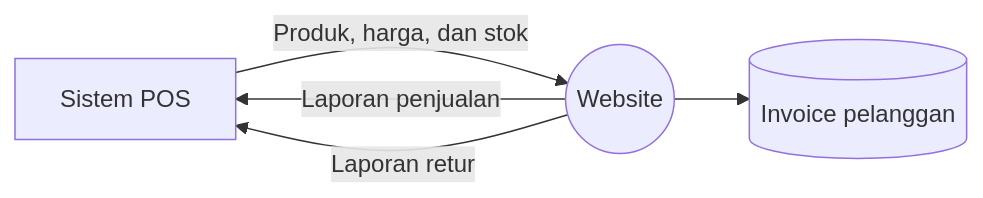
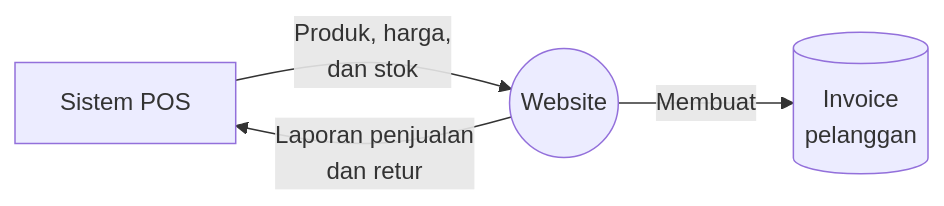
Before and after one commit to Webekspres/pixel-komunika: the fifth of 5 diagrams in docs/client/DOKUMEN_REVIEW_DAN_PERSETUJUAN_KLIEN.md, drawn with Mermaid. The commit also changed other lines of this file, not shown here.

Commit message:
docs: prevent clipped labels in client diagrams

````diff
--- a/docs/client/DOKUMEN_REVIEW_DAN_PERSETUJUAN_KLIEN.md
+++ b/docs/client/DOKUMEN_REVIEW_DAN_PERSETUJUAN_KLIEN.md
@@ -187,7 +187,6 @@
 ```mermaid
 flowchart LR
-    POS["Sistem POS"] -->|Produk, harga, dan stok| WEB(("Website"))
-    WEB -->|Laporan penjualan| POS
-    WEB -->|Laporan retur| POS
-    WEB --> INV[("Invoice pelanggan")]
+    POS["Sistem POS"] -->|Produk, harga,<br/>dan stok| WEB(("Website"))
+    WEB -->|Laporan penjualan<br/>dan retur| POS
+    WEB -->|Membuat| INV[("Invoice<br/>pelanggan")]
 ```
````
